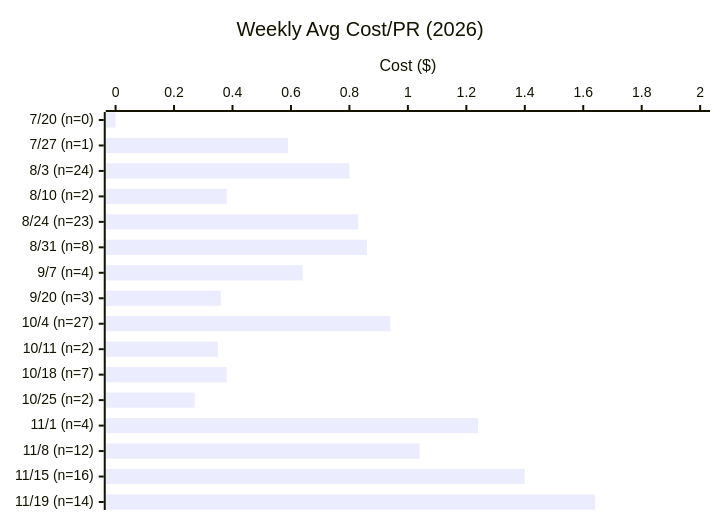
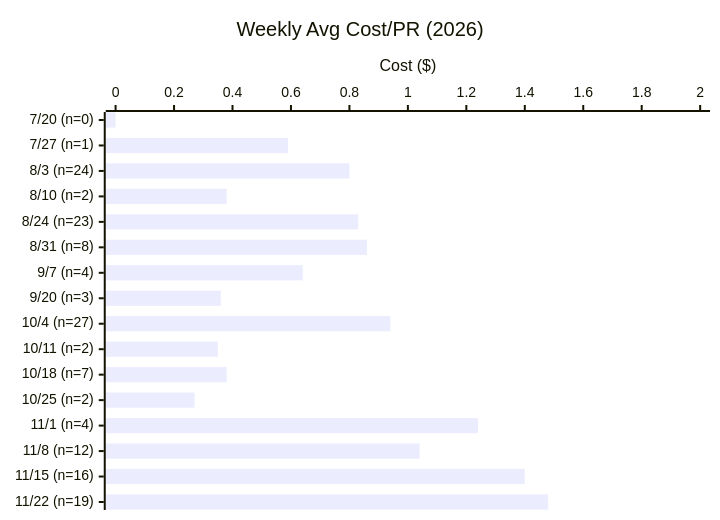
One commit to Sanctum-Origo-Systems/patina changed the second of 3 diagrams in EVAL.md. Above: the diagram before and after it, drawn with Mermaid. The commit also changed other lines of this file and 1 other file, not shown here.

````diff
--- a/EVAL.md
+++ b/EVAL.md
@@ -27,7 +27,7 @@
 ```mermaid
 xychart-beta horizontal
     title "Weekly Avg Cost/PR (2026)"
-    x-axis ["7/20 (n=0)", "7/27 (n=1)", "8/3 (n=24)", "8/10 (n=2)", "8/24 (n=23)", "8/31 (n=8)", "9/7 (n=4)", "9/20 (n=3)", "10/4 (n=27)", "10/11 (n=2)", "10/18 (n=7)", "10/25 (n=2)", "11/1 (n=4)", "11/8 (n=12)", "11/15 (n=16)", "11/19 (n=14)"]
+    x-axis ["7/20 (n=0)", "7/27 (n=1)", "8/3 (n=24)", "8/10 (n=2)", "8/24 (n=23)", "8/31 (n=8)", "9/7 (n=4)", "9/20 (n=3)", "10/4 (n=27)", "10/11 (n=2)", "10/18 (n=7)", "10/25 (n=2)", "11/1 (n=4)", "11/8 (n=12)", "11/15 (n=16)", "11/22 (n=19)"]
     y-axis "Cost ($)" 0 --> 2
-    bar [0.00, 0.59, 0.80, 0.38, 0.83, 0.86, 0.64, 0.36, 0.94, 0.35, 0.38, 0.27, 1.24, 1.04, 1.40, 1.64]
+    bar [0.00, 0.59, 0.80, 0.38, 0.83, 0.86, 0.64, 0.36, 0.94, 0.35, 0.38, 0.27, 1.24, 1.04, 1.40, 1.48]
 ```
````
